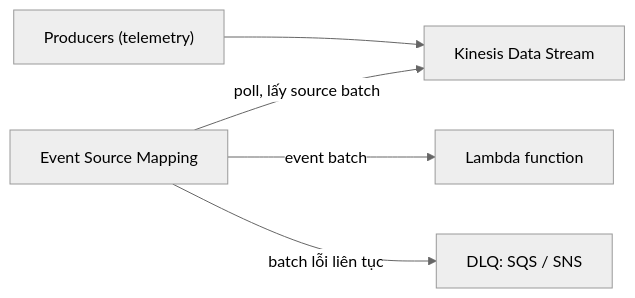
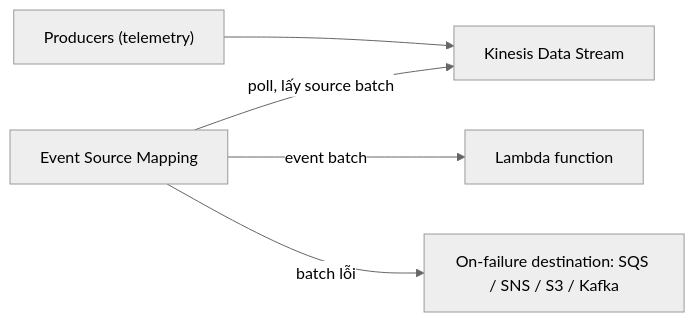
The second of 2 diagrams in data/14 Serverless and Application Services/Lambda.md (hairbui76/aws-saa-c03), drawn with Mermaid (neutral theme) before and after one commit. The commit also changed other lines of this file and 84 other files, not shown here.

````diff
--- a/data/14 Serverless and Application Services/Lambda.md
+++ b/data/14 Serverless and Application Services/Lambda.md
@@ -114,7 +122,7 @@
 ```mermaid
 flowchart LR
   P["Producers (telemetry)"] --> K["Kinesis Data Stream"]
   ESM["Event Source Mapping"] -- "poll, lấy source batch" --> K
   ESM -- "event batch" --> F["Lambda function"]
-  ESM -- "batch lỗi liên tục" --> DLQ["DLQ: SQS / SNS"]
+  ESM -- "batch lỗi" --> OFD["On-failure destination: SQS / SNS / S3 / Kafka"]
 ```
````
